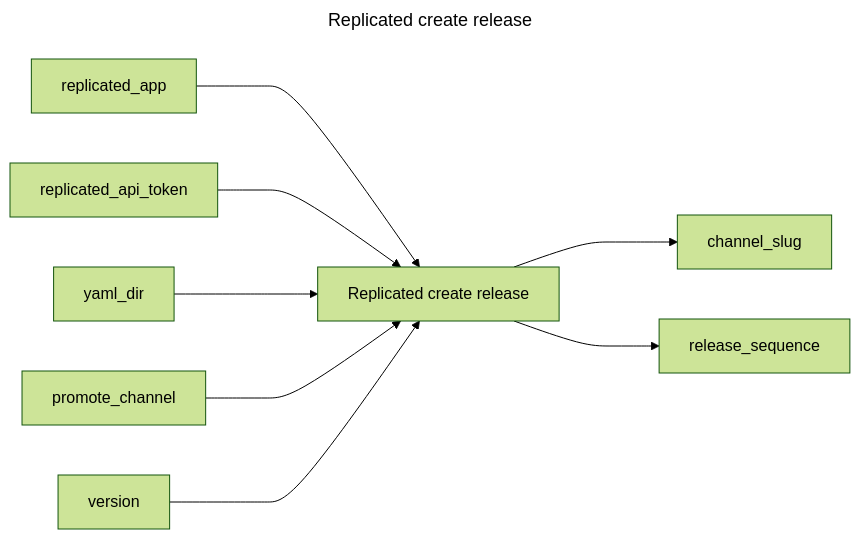
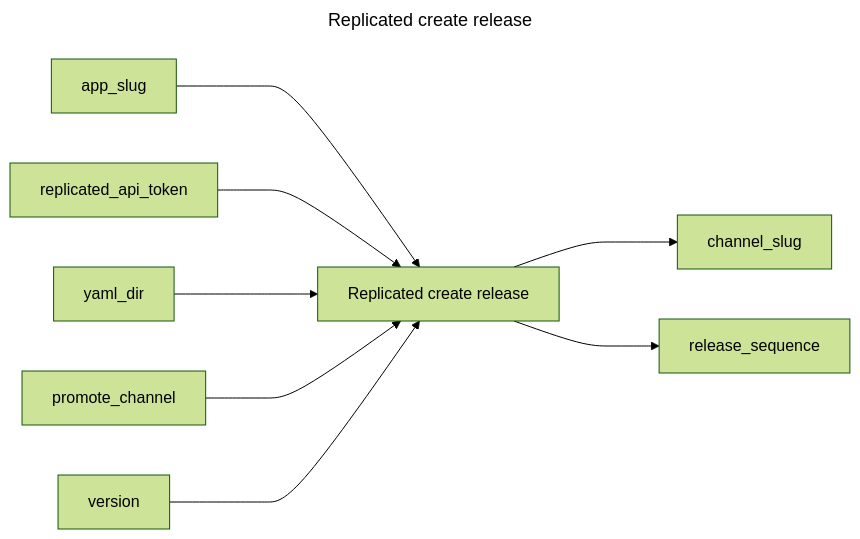
One commit to replicatedhq/replicated-actions changed the diagram in create-release/README.md. Above: the diagram before and after it, drawn with Mermaid (forest theme). The commit also changed other lines of this file and 28 other files, not shown here.

Commit message:
renaming replicated-app to app-slug

````diff
--- a/create-release/README.md
+++ b/create-release/README.md
@@ -3,14 +3,14 @@
 ```mermaid
 ---
 title: Replicated create release
 ---
 graph LR
 replicated_create_release["Replicated create release"]
-replicated_app ---> replicated_create_release
+app_slug ---> replicated_create_release
 replicated_api_token ---> replicated_create_release
 yaml_dir ---> replicated_create_release
 promote_channel ---> replicated_create_release
 version ---> replicated_create_release
 replicated_create_release ---> channel_slug
 replicated_create_release ---> release_sequence
 ```
````
